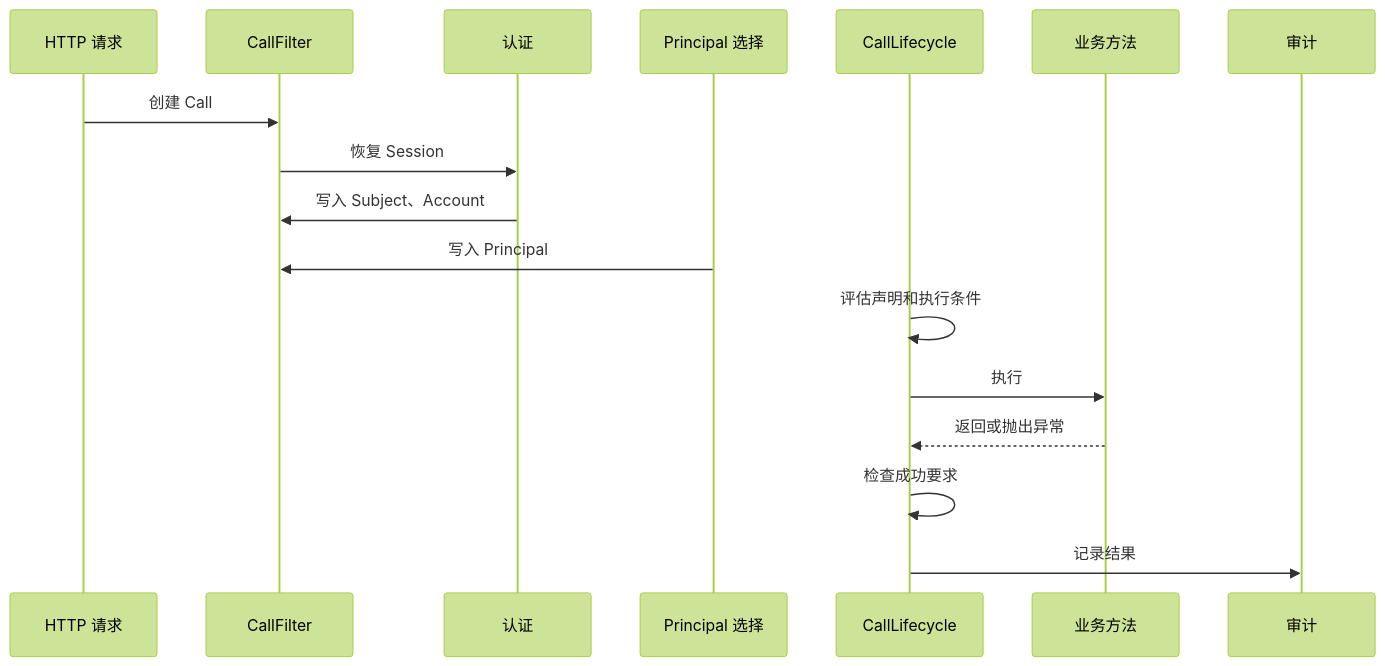
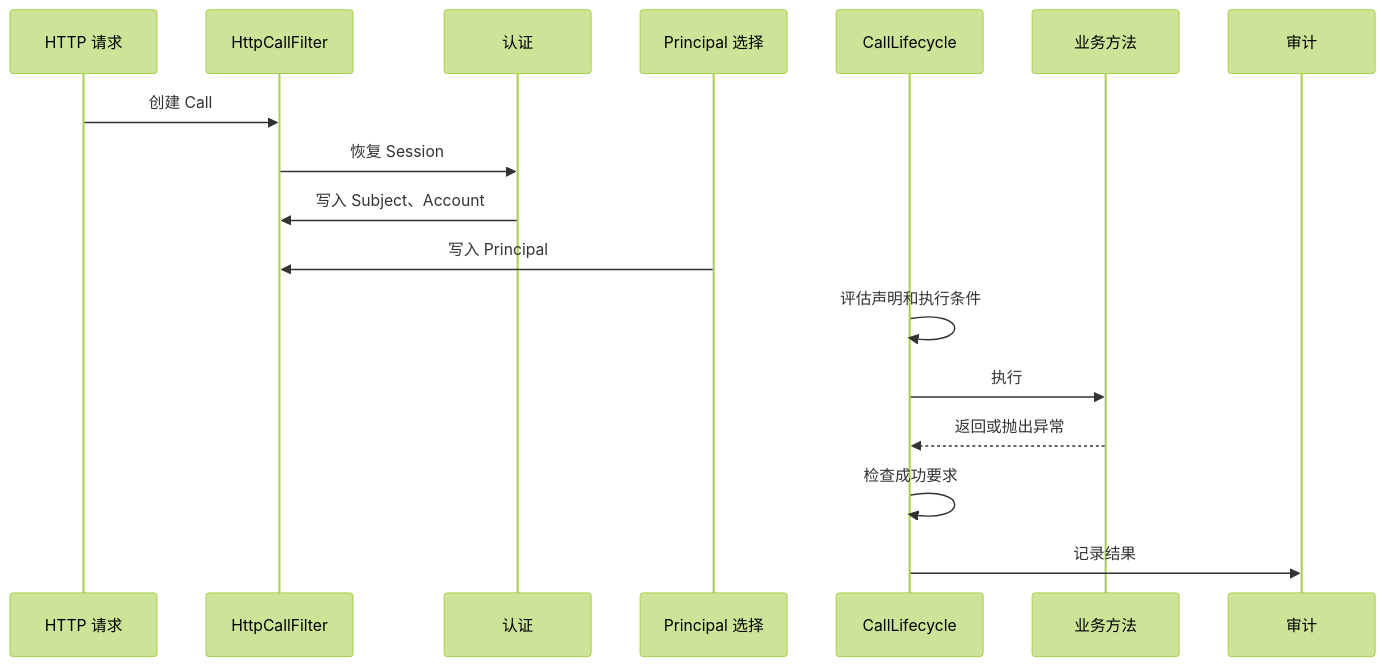
Before and after one commit to SH-XiaoXiu/sca4d-j: the sixth of 6 diagrams in docs/home/permission.md, drawn with Mermaid (forest theme). The commit also changed other lines of this file and 206 other files, not shown here.

````diff
--- a/docs/home/permission.md
+++ b/docs/home/permission.md
@@ -267,19 +275,19 @@
 ```mermaid
 sequenceDiagram
     participant Request as HTTP 请求
-    participant Call as CallFilter
+    participant Call as HttpCallFilter
     participant Auth as 认证
     participant Select as Principal 选择
     participant Life as CallLifecycle
     participant Method as 业务方法
     participant Audit as 审计
     Request->>Call: 创建 Call
     Call->>Auth: 恢复 Session
     Auth->>Call: 写入 Subject、Account
     Select->>Call: 写入 Principal
     Life->>Life: 评估声明和执行条件
     Life->>Method: 执行
     Method-->>Life: 返回或抛出异常
     Life->>Life: 检查成功要求
     Life->>Audit: 记录结果
 ```
````
